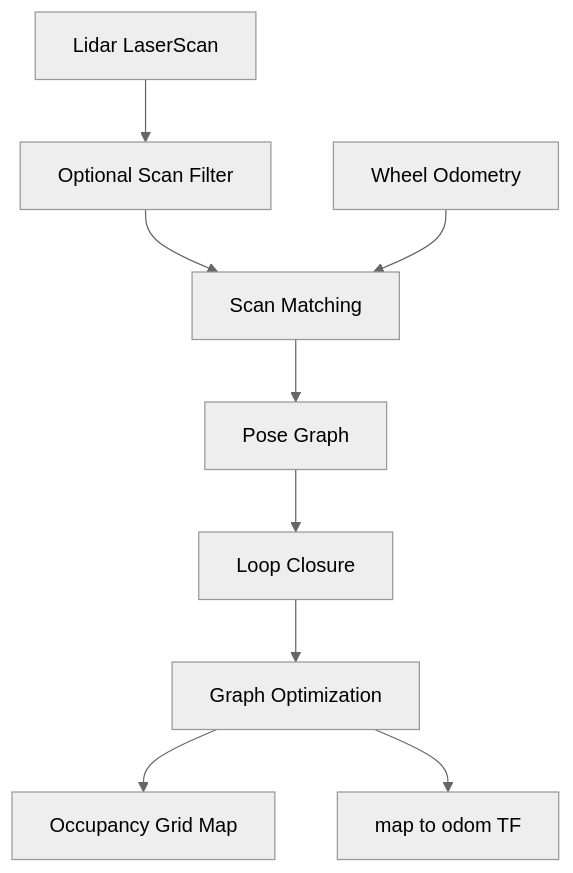
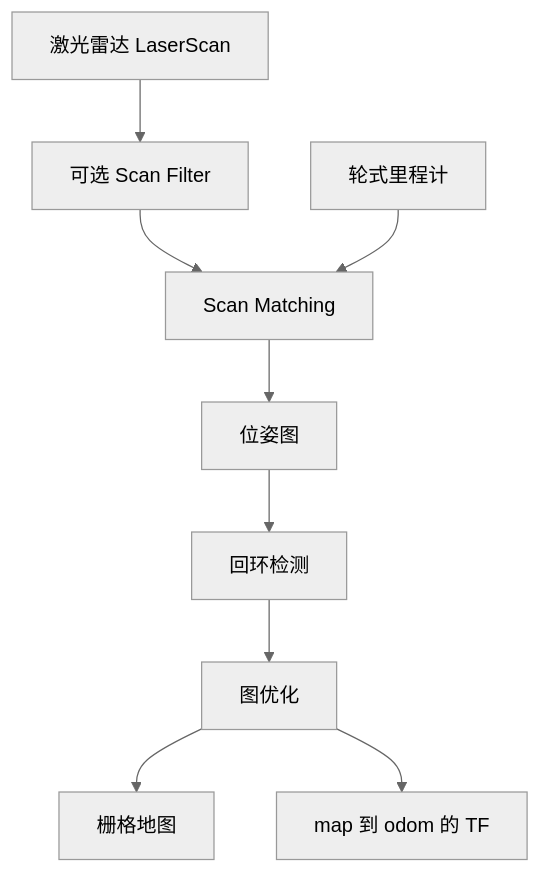
Before and after one commit to shimokagela-mk/cusor: the diagram in robot-knowledge-base/03-slam/slam-localization-guide.md, drawn with Mermaid (neutral theme). The commit also changed other lines of this file and 14 other files, not shown here.

````diff
--- a/robot-knowledge-base/03-slam/slam-localization-guide.md
+++ b/robot-knowledge-base/03-slam/slam-localization-guide.md
@@ -10,11 +9,11 @@
 ```mermaid
 flowchart TD
-    lidar["Lidar LaserScan"] --> scanFilter["Optional Scan Filter"]
+    lidar["激光雷达 LaserScan"] --> scanFilter["可选 Scan Filter"]
     scanFilter --> scanMatcher["Scan Matching"]
-    odom["Wheel Odometry"] --> scanMatcher
-    scanMatcher --> poseGraph["Pose Graph"]
-    poseGraph --> loopClosure["Loop Closure"]
-    loopClosure --> optimizer["Graph Optimization"]
-    optimizer --> map["Occupancy Grid Map"]
-    optimizer --> mapToOdom["map to odom TF"]
+    odom["轮式里程计"] --> scanMatcher
+    scanMatcher --> poseGraph["位姿图"]
+    poseGraph --> loopClosure["回环检测"]
+    loopClosure --> optimizer["图优化"]
+    optimizer --> map["栅格地图"]
+    optimizer --> mapToOdom["map 到 odom 的 TF"]
 ```
````
